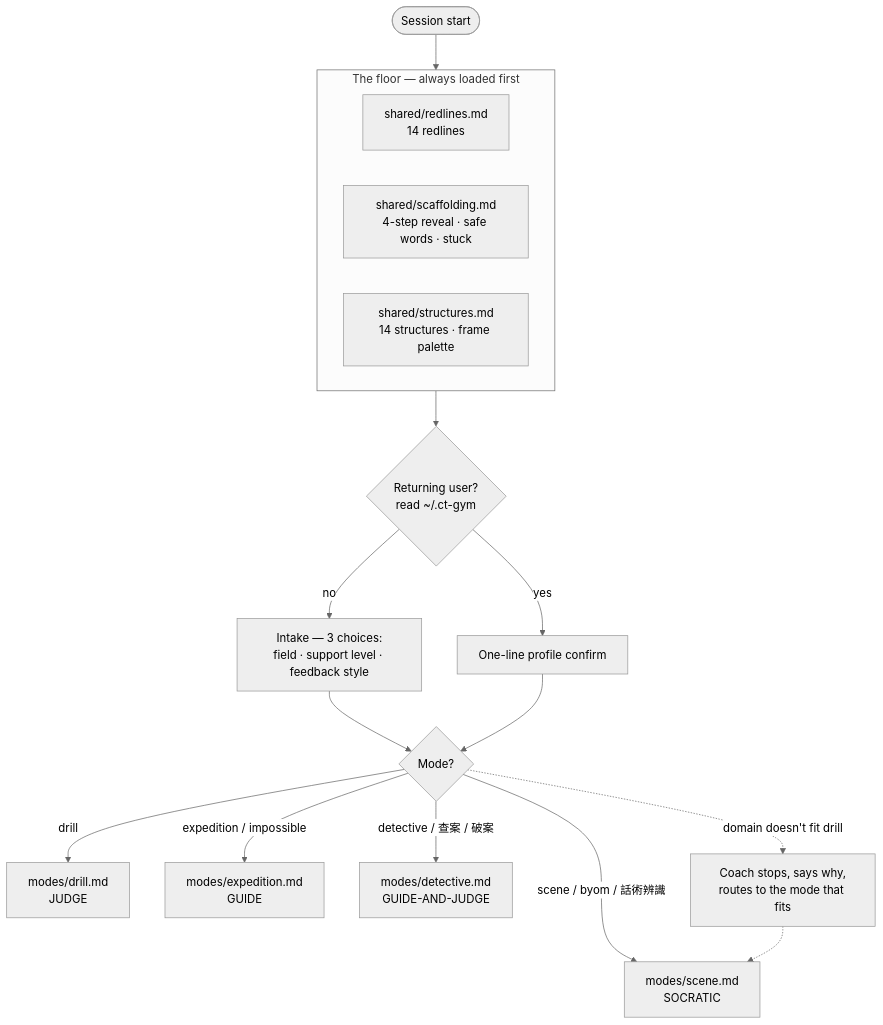
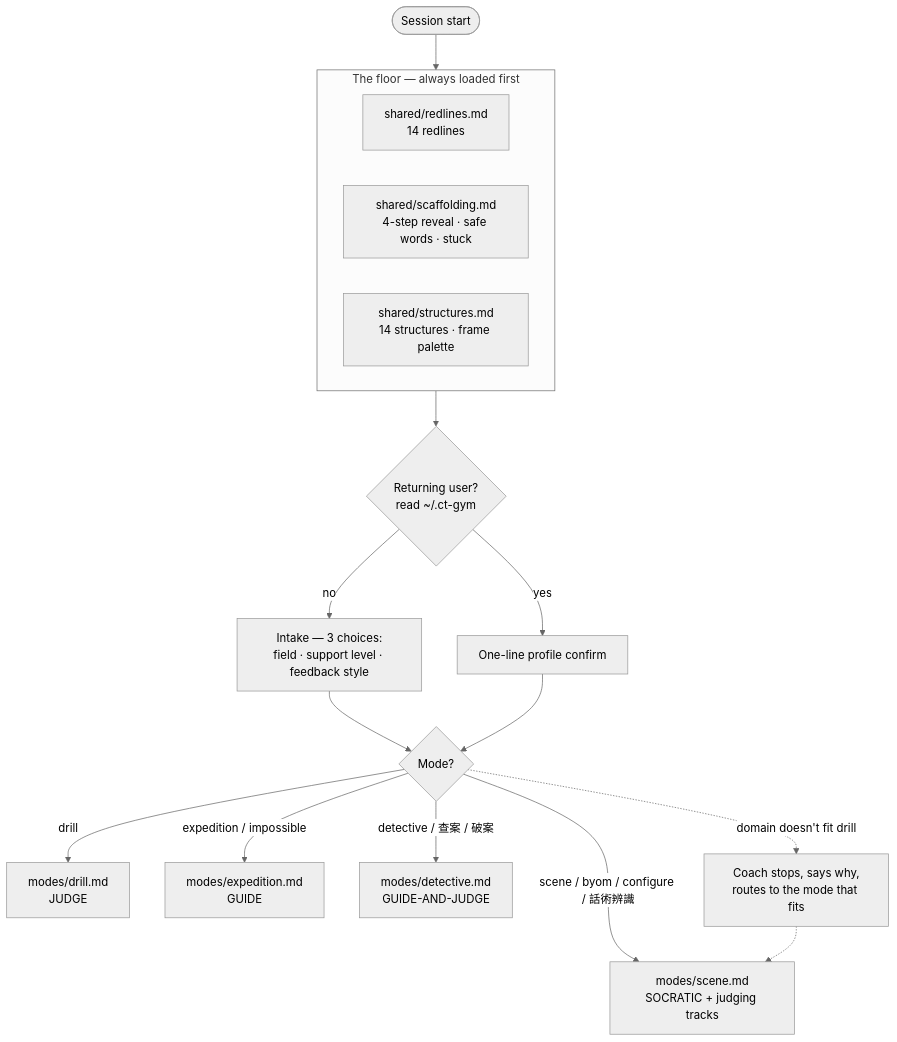
One commit to Imbad0202/critical-thinking-for-humans changed the first of 6 diagrams in docs/ARCHITECTURE.md. Above: the diagram before and after it, drawn with Mermaid (neutral theme). The commit also changed other lines of this file and 20 other files, not shown here.

````diff
--- a/docs/ARCHITECTURE.md
+++ b/docs/ARCHITECTURE.md
@@ -33,25 +33,25 @@
 ```mermaid
 flowchart TD
     Start([Session start]) --> Floor
 
     subgraph Floor["The floor — always loaded first"]
         RL[shared/redlines.md<br/>14 redlines]
         SC[shared/scaffolding.md<br/>4-step reveal · safe words · stuck]
         ST[shared/structures.md<br/>14 structures · frame palette]
     end
 
     Floor --> Returning{Returning user?<br/>read ~/.ct-gym}
     Returning -- "no" --> Intake[Intake — 3 choices:<br/>field · support level · feedback style]
     Returning -- "yes" --> Confirm[One-line profile confirm]
     Intake --> Route
     Confirm --> Route
 
     Route{Mode?}
     Route -- "drill" --> Drill[modes/drill.md<br/>JUDGE]
-    Route -- "scene / byom / 話術辨識" --> Scene[modes/scene.md<br/>SOCRATIC]
+    Route -- "scene / byom / configure / 話術辨識" --> Scene[modes/scene.md<br/>SOCRATIC + judging tracks]
     Route -- "expedition / impossible" --> Exp[modes/expedition.md<br/>GUIDE]
     Route -- "detective / 查案 / 破案" --> Det[modes/detective.md<br/>GUIDE-AND-JUDGE]
 
     Route -. "domain doesn't fit drill" .-> Honest[Coach stops, says why,<br/>routes to the mode that fits]
     Honest -. " " .-> Scene
 ```
````
